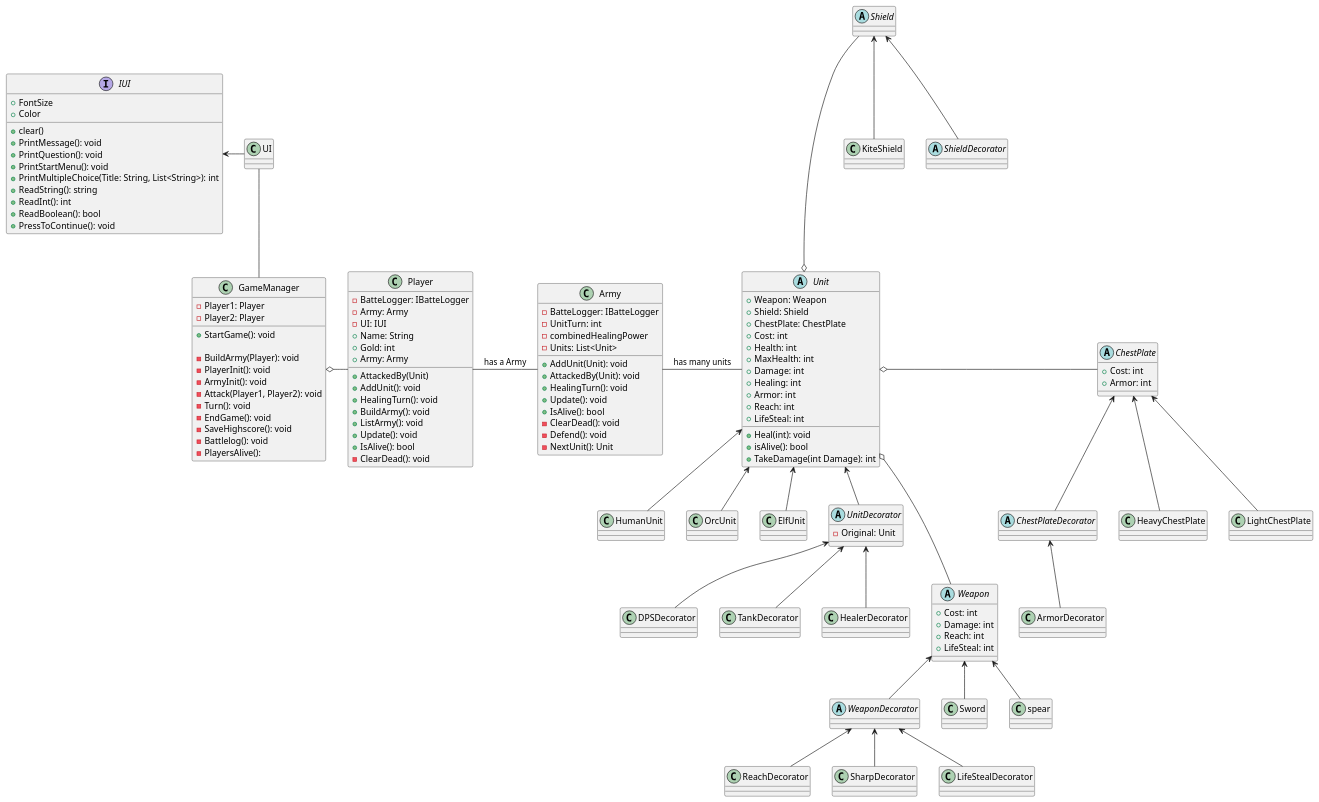
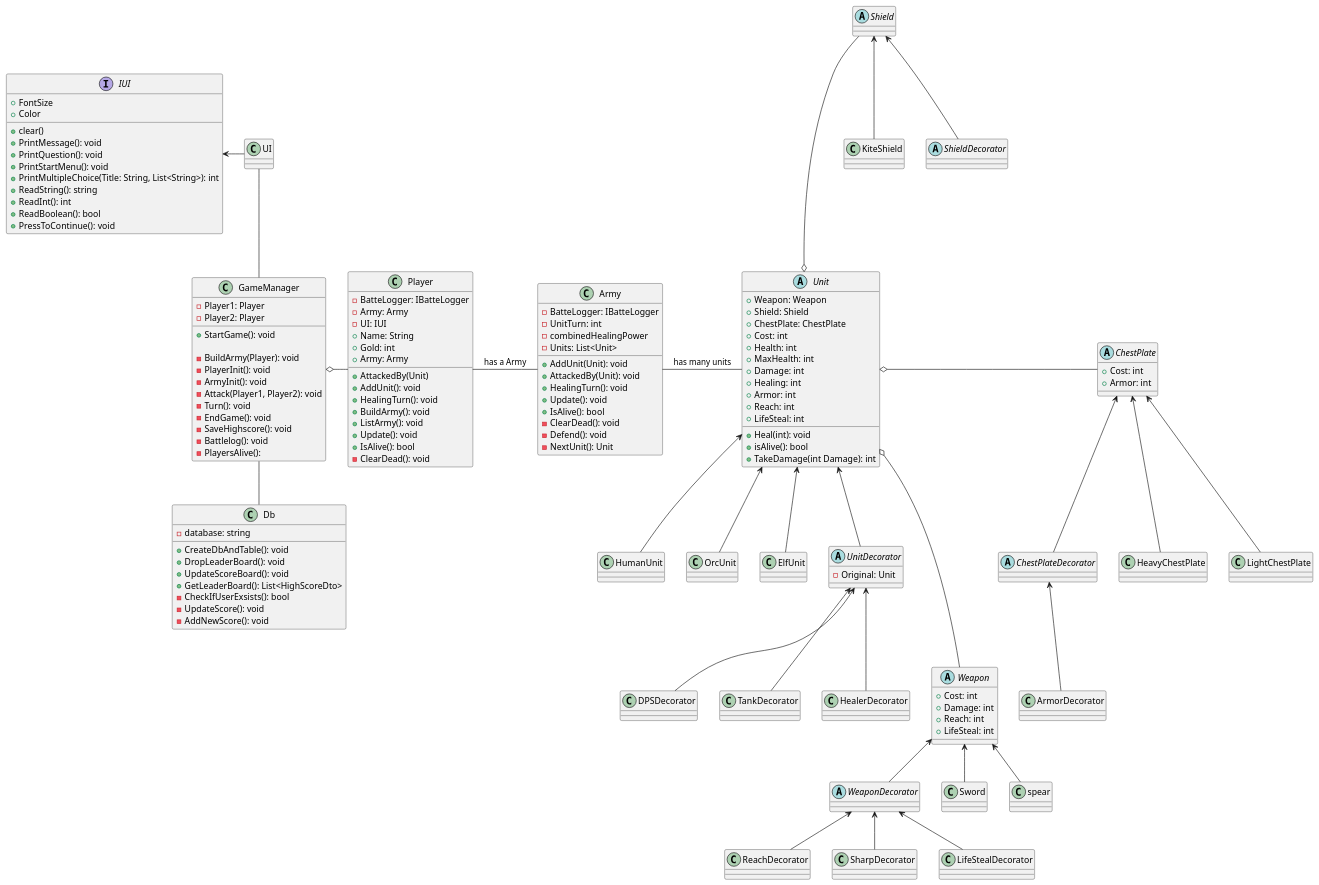
One commit to Fargekritt/SoftwareDesignEksamen changed the diagram in SoftwareDesignEksamen/Eksamen.puml. Above: the diagram before and after it, drawn with PlantUML. The commit also changed 1 other file, not shown here.

```diff
--- a/SoftwareDesignEksamen/Eksamen.puml
+++ b/SoftwareDesignEksamen/Eksamen.puml
@@ -1,162 +1,172 @@
 @startuml
 'https://plantuml.com/class-diagram
 interface IUI{
 + FontSize
 + Color
 + clear()
 + PrintMessage(): void
 + PrintQuestion(): void
 + PrintStartMenu(): void
 + PrintMultipleChoice(Title: String, List<String>): int
 + ReadString(): string
 + ReadInt(): int
 + ReadBoolean(): bool
 + PressToContinue(): void
 }
 
 class UI
+
+class Db{
+- database: string
++ CreateDbAndTable(): void
++ DropLeaderBoard(): void
++ UpdateScoreBoard(): void
++ GetLeaderBoard(): List<HighScoreDto>
+- CheckIfUserExsists(): bool
+- UpdateScore(): void
+- AddNewScore(): void
+}
 
 class GameManager{
 - Player1: Player
 - Player2: Player
 + StartGame(): void
 
 - BuildArmy(Player): void
 - PlayerInit(): void
 - ArmyInit(): void
 - Attack(Player1, Player2): void
 - Turn(): void
 - EndGame(): void
 - SaveHighscore(): void
 - Battlelog(): void
 - PlayersAlive():
 
 }
 
 
 class Army {
 - BatteLogger: IBatteLogger
 - UnitTurn: int
 - combinedHealingPower
 - Units: List<Unit>
 + AddUnit(Unit): void
 + AttackedBy(Unit): void
 + HealingTurn(): void
 + Update(): void
 + IsAlive(): bool
 - ClearDead(): void
 - Defend(): void
 - NextUnit(): Unit
 
 }
 class Player{
 - BatteLogger: IBatteLogger
 - Army: Army
 - UI: IUI
 + Name: String
 + Gold: int
 + Army: Army
 + AttackedBy(Unit)
 + AddUnit(): void
 + HealingTurn(): void
 + BuildArmy(): void
 + ListArmy(): void
 + Update(): void
 + IsAlive(): bool
 - ClearDead(): void
 }
 
 abstract class Unit{
 + Weapon: Weapon
 + Shield: Shield
 + ChestPlate: ChestPlate
 + Cost: int
 + Health: int
 + MaxHealth: int
 + Damage: int
 + Healing: int
 + Armor: int
 + Reach: int
 + Heal(int): void
 + LifeSteal: int
 + isAlive(): bool
 + TakeDamage(int Damage): int
 }
 class HumanUnit
 class OrcUnit
 class ElfUnit
 abstract class UnitDecorator{
 - Original: Unit
 }
 class DPSDecorator
 class TankDecorator
 class HealerDecorator
 
 abstract class Weapon{
 + Cost: int
 + Damage: int
 + Reach: int
 + LifeSteal: int
 }
 
 abstract class WeaponDecorator
 class ReachDecorator
 class SharpDecorator
 class LifeStealDecorator
 
 abstract class Shield
 class KiteShield
 
 abstract class ShieldDecorator
 
-
-
 abstract class ChestPlate{
 + Cost: int
 + Armor: int
 }
 
 abstract class ChestPlateDecorator
 class HeavyChestPlate
 class LightChestPlate
 
 class ArmorDecorator
 
 ChestPlate <-- ChestPlateDecorator
 ChestPlate <-- HeavyChestPlate
 ChestPlate <-- LightChestPlate
 
 ChestPlateDecorator <-- ArmorDecorator
 
 Shield <-- ShieldDecorator
 Shield <-- KiteShield
 
 Weapon <-- WeaponDecorator
 Weapon <-- Sword
 Weapon <-- spear
 
 WeaponDecorator <-- ReachDecorator
 WeaponDecorator <-- SharpDecorator
 WeaponDecorator <-- LifeStealDecorator
 
 IUI <- UI
 UI -- GameManager
 GameManager o- Player
+GameManager -- Db
 Player - Army : has a Army
 Army - Unit : has many units
 Unit o--- Weapon
 Unit o- ChestPlate
 Shield ---o Unit
 Unit <-- HumanUnit
 Unit <-- OrcUnit
 Unit <-- ElfUnit
 Unit <-- UnitDecorator
 UnitDecorator <-- TankDecorator
 UnitDecorator <-- DPSDecorator
 UnitDecorator <-- HealerDecorator
 
 
 
 
 
 @enduml
```
